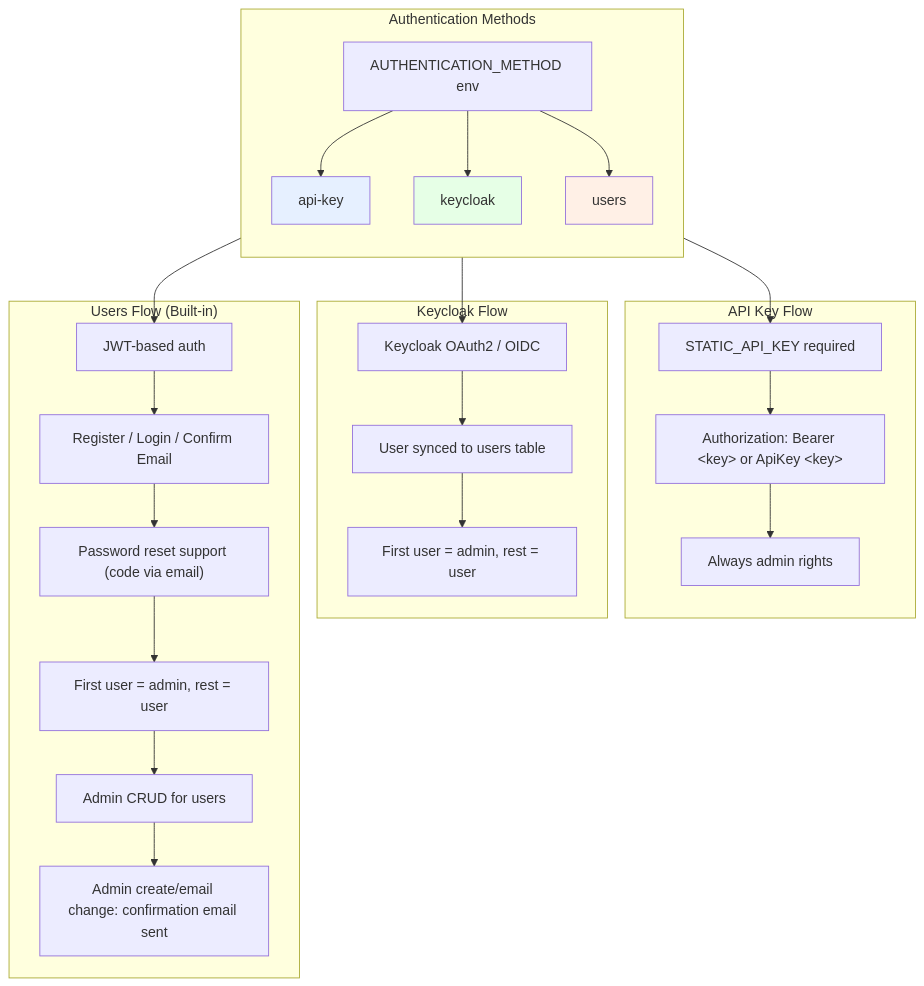
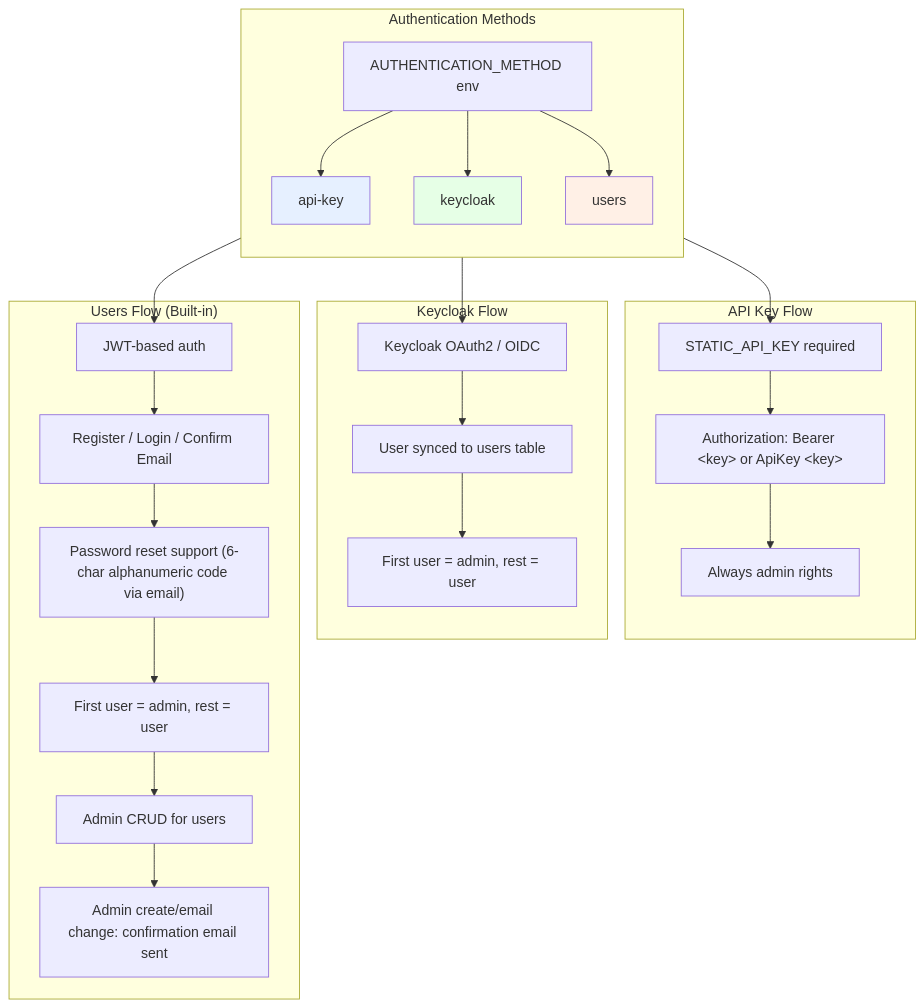
One commit to forepath/agenstra changed the diagram in libs/domains/framework/backend/feature-agent-controller/docs/authentication.mmd. Above: the diagram before and after it, drawn with Mermaid. The commit also changed 25 other files, not shown here.

```diff
--- a/libs/domains/framework/backend/feature-agent-controller/docs/authentication.mmd
+++ b/libs/domains/framework/backend/feature-agent-controller/docs/authentication.mmd
@@ -1,33 +1,33 @@
 flowchart TB
     subgraph AUTH["Authentication Methods"]
         direction TB
         AUTH_METHOD["AUTHENTICATION_METHOD env"]
         AUTH_METHOD --> API_KEY["api-key"]
         AUTH_METHOD --> KEYCLOAK["keycloak"]
         AUTH_METHOD --> USERS["users"]
     end
 
     subgraph API_KEY_FLOW["API Key Flow"]
         API_KEY --> AK1["STATIC_API_KEY required"]
         AK1 --> AK2["Authorization: Bearer &lt;key&gt; or ApiKey &lt;key&gt;"]
         AK2 --> AK3["Always admin rights"]
     end
 
     subgraph KEYCLOAK_FLOW["Keycloak Flow"]
         KEYCLOAK --> KC1["Keycloak OAuth2 / OIDC"]
         KC1 --> KC2["User synced to users table"]
         KC2 --> KC3["First user = admin, rest = user"]
     end
 
     subgraph USERS_FLOW["Users Flow (Built-in)"]
         USERS --> UF1["JWT-based auth"]
         UF1 --> UF2["Register / Login / Confirm Email"]
-        UF2 --> UF3["Password reset support (code via email)"]
+        UF2 --> UF3["Password reset support (6-char alphanumeric code via email)"]
         UF3 --> UF4["First user = admin, rest = user"]
         UF4 --> UF5["Admin CRUD for users"]
         UF5 --> UF6["Admin create/email change: confirmation email sent"]
     end
 
     style API_KEY fill:#e6f0ff
     style KEYCLOAK fill:#e6ffe6
     style USERS fill:#fff0e6
```
